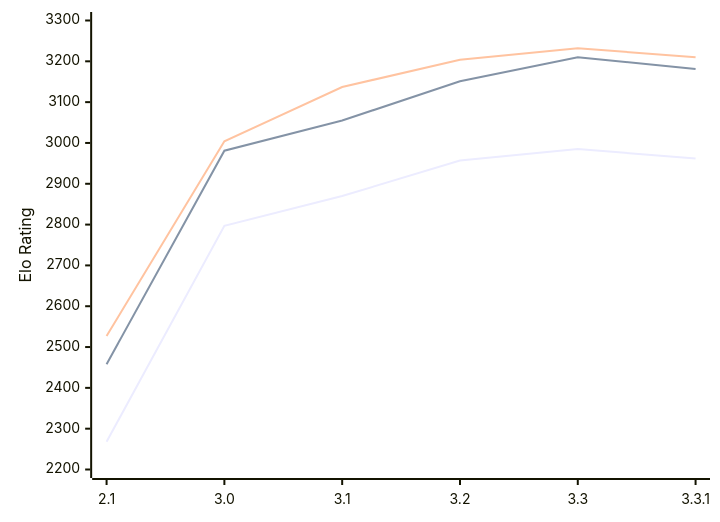
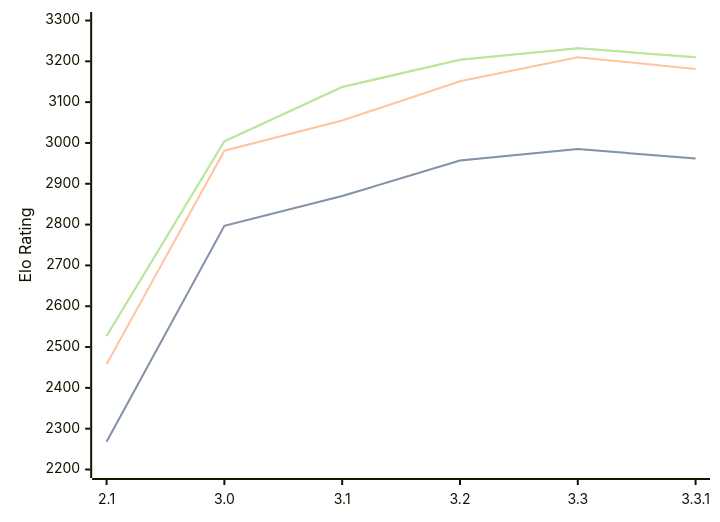
The diagram in engines/Petrel.md (computer-chess-index/cci), drawn with Mermaid before and after one commit. The commit also changed other lines of this file, not shown here.

Commit message:
Update CCI Ratings (ELO VLTC) - 2026-02-13

````diff
--- a/engines/Petrel.md
+++ b/engines/Petrel.md
@@ -40,9 +40,11 @@
 ```mermaid
 %%{init: {"theme":"base","themeVariables":{"seriesColors:['#a3a3a3','#222221','#faa371']}}}%%
 xychart-beta
   x-axis ["2.1", "3.0", "3.1", "3.2", "3.3", "3.3.1"]
   y-axis "Elo Rating" 2200 --> 3300
   line "STC (8.0+0.08s)" [2268, 2797, 2870, 2957, 2985, 2962]
+  line "STC (8.0+0.08s)" [2268, 2797, 2870, 2957, 2985, 2962]
   line "LTC (60.0+0.60s)" [2458, 2981, 3055, 3151, 3210, 3181]
   line "VLTC (2m24s+1.12s)" [2527, 3004, 3137, 3204, 3232, 3210]
+  line "VLTC (2m24s+1.12s)" [2527, 3004, 3137, 3204, 3232, 3210]
 ```
````
